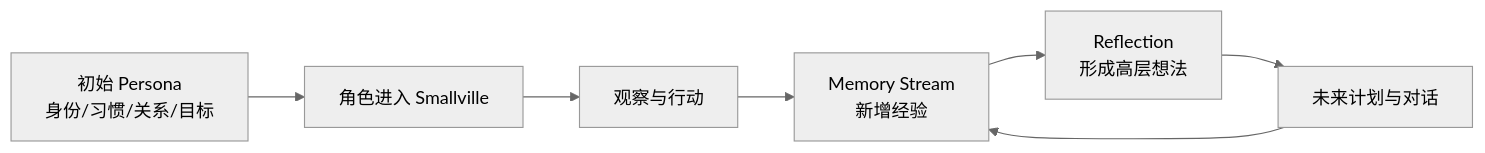
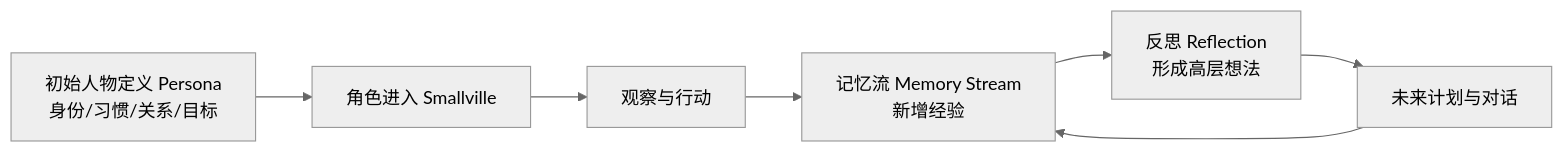
Before and after one commit to tbkken/GenerativeAgentsCN: the third of 3 diagrams in docs/book/manuscript/part_01/chapter_04.md, drawn with Mermaid (neutral theme). The commit also changed other lines of this file and 51 other files, not shown here.

````diff
--- a/docs/book/manuscript/part_01/chapter_04.md
+++ b/docs/book/manuscript/part_01/chapter_04.md
@@ -221,9 +239,9 @@
 ```mermaid
 flowchart LR
-    Seed["初始 Persona<br/>身份/习惯/关系/目标"] --> Start["角色进入 Smallville"]
+    Seed["初始人物定义 Persona<br/>身份/习惯/关系/目标"] --> Start["角色进入 Smallville"]
     Start --> Observe["观察与行动"]
-    Observe --> Stream["Memory Stream<br/>新增经验"]
-    Stream --> Reflect["Reflection<br/>形成高层想法"]
+    Observe --> Stream["记忆流 Memory Stream<br/>新增经验"]
+    Stream --> Reflect["反思 Reflection<br/>形成高层想法"]
     Reflect --> Future["未来计划与对话"]
     Future --> Stream
 ```
````
